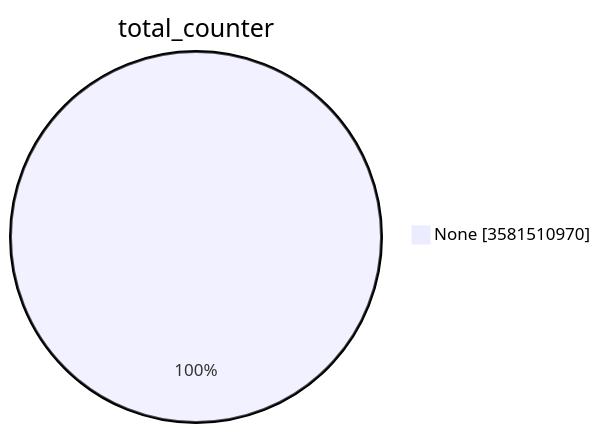
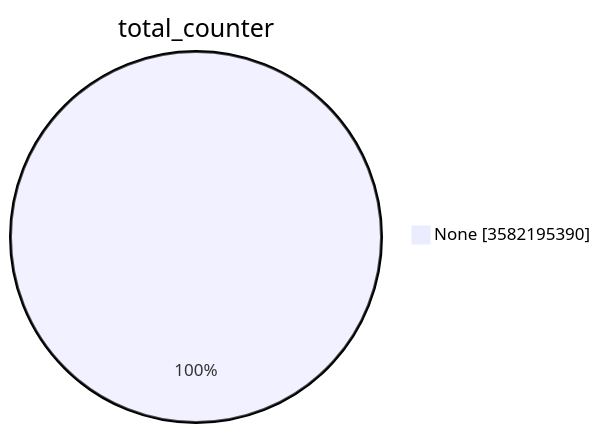
One commit to christiankrug/ctmonitor_visualization changed the first of 15 diagrams in TOTAL/README.md. Above: the diagram before and after it, drawn with Mermaid. The commit also changed other lines of this file, not shown here.

````diff
--- a/TOTAL/README.md
+++ b/TOTAL/README.md
@@ -1,5 +1,5 @@
 ```mermaid
 pie showData
 title total_counter
-"None" :3581510970
+"None" :3582195390
 ```
````
